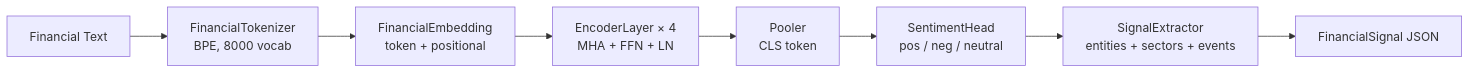
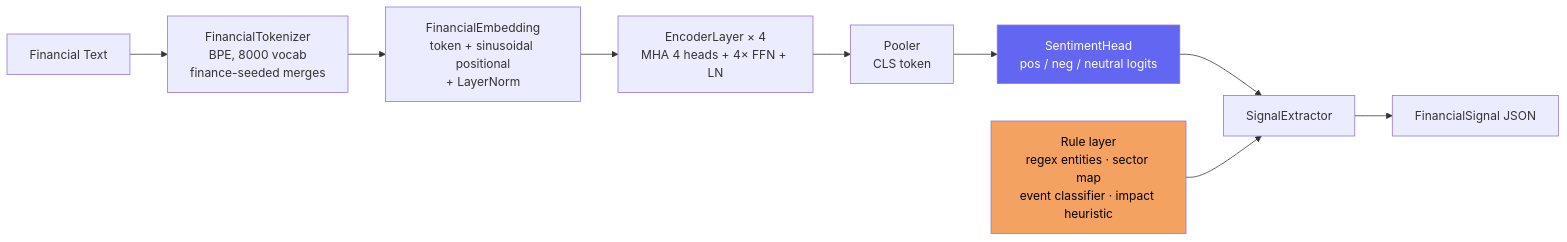
Before and after one commit to shaikn6/nano-finbert: the diagram in README.md, drawn with Mermaid. The commit also changed other lines of this file, not shown here.

Commit message:
docs: add How-it-works methodology, clarify learned vs rule-based signal layer and metric provenance

````diff
--- a/README.md
+++ b/README.md
@@ -52,10 +52,14 @@
 ```mermaid
 graph LR
-    A[Financial Text] --> B[FinancialTokenizer<br/>BPE, 8000 vocab]
-    B --> C[FinancialEmbedding<br/>token + positional]
-    C --> D[EncoderLayer × 4<br/>MHA + FFN + LN]
+    A[Financial Text] --> B[FinancialTokenizer<br/>BPE, 8000 vocab<br/>finance-seeded merges]
+    B --> C[FinancialEmbedding<br/>token + sinusoidal positional<br/>+ LayerNorm]
+    C --> D[EncoderLayer × 4<br/>MHA 4 heads + 4× FFN + LN]
     D --> E[Pooler<br/>CLS token]
-    E --> F[SentimentHead<br/>pos / neg / neutral]
-    F --> G[SignalExtractor<br/>entities + sectors + events]
+    E --> F[SentimentHead<br/>pos / neg / neutral logits]
+    F --> G[SignalExtractor]
+    R[Rule layer<br/>regex entities · sector map<br/>event classifier · impact heuristic] --> G
     G --> H[FinancialSignal JSON]
+
+    style F fill:#6366f1,color:#fff
+    style R fill:#f4a261,color:#000
 ```
````
